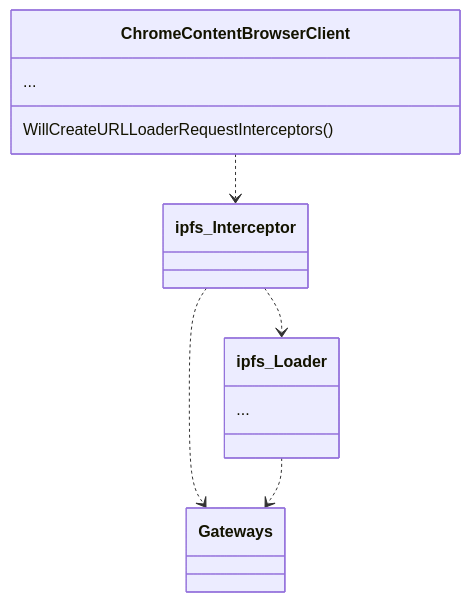
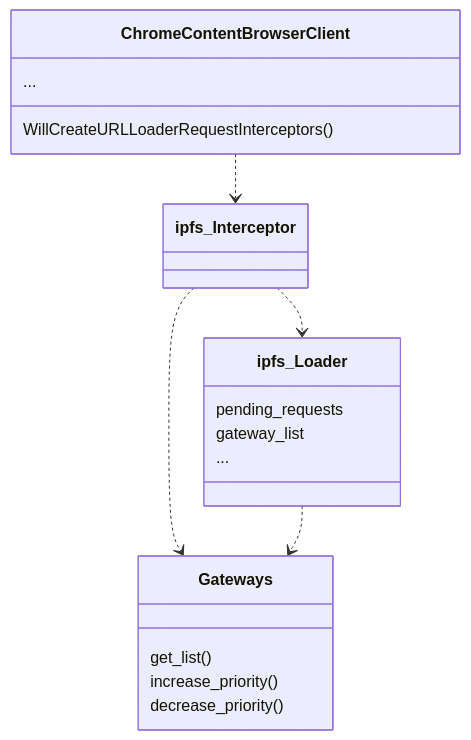
Before and after one commit to little-bear-labs/ipfs-chromium: the third of 3 diagrams in README.md, drawn with Mermaid. The commit also changed other lines of this file, not shown here.

````diff
--- a/README.md
+++ b/README.md
@@ -116,14 +116,21 @@
 ```mermaid
 classDiagram
    class ChromeContentBrowserClient {
       WillCreateURLLoaderRequestInterceptors()
       ...
    }
    class ipfs_Loader {
+      pending_requests
+      gateway_list
       ...
+   }
+   class Gateways {
+      get_list()
+      increase_priority()
+      decrease_priority()
    }
    ChromeContentBrowserClient ..> ipfs_Interceptor
    ipfs_Interceptor ..> Gateways
    ipfs_Interceptor ..> ipfs_Loader
    ipfs_Loader ..> Gateways   
 ```
````
